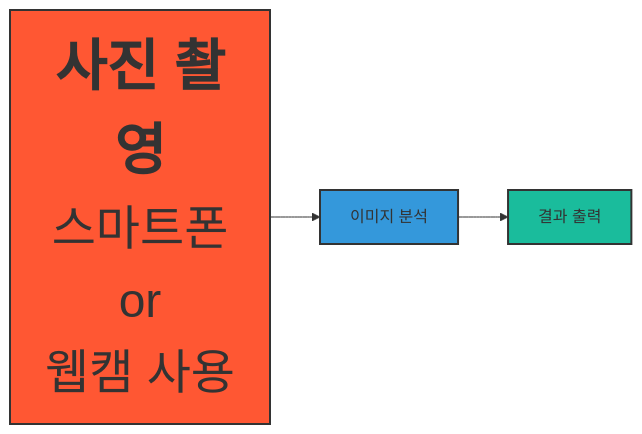
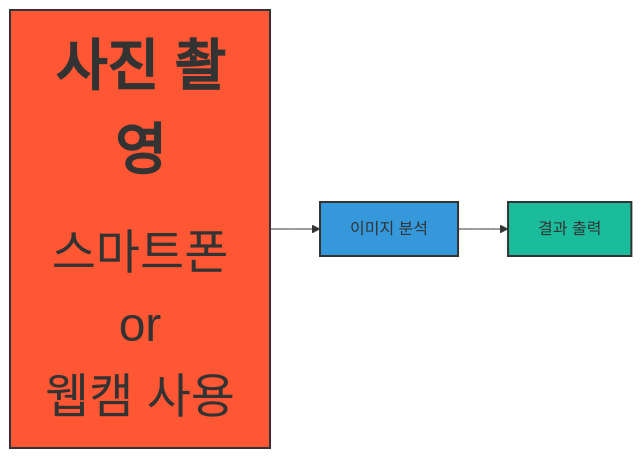
The diagram in Readme.md (201710808/-p), drawn with Mermaid before and after one commit.

````diff
--- a/Readme.md
+++ b/Readme.md
@@ -3,10 +3,10 @@
 ```mermaid
 graph LR
-A[<b><span style='font-size:56px'>사진 촬영</span></b>\n<span style='font-size:48px'>스마트폰\nor\n웹캠 사용] --> B[이미지 분석]
+A[<b><span style='font-size:56px'>사진 촬영</span></b>\n\n<span style='font-size:48px'>스마트폰\nor\n웹캠 사용] --> B[이미지 분석]
 B --> C[결과 출력]
 
 style A fill:#FF5733,stroke:#333,stroke-width:2px
 style B fill:#3498db,stroke:#333,stroke-width:2px
 style C fill:#1abc9c,stroke:#333,stroke-width:2px
 
 ```
````
